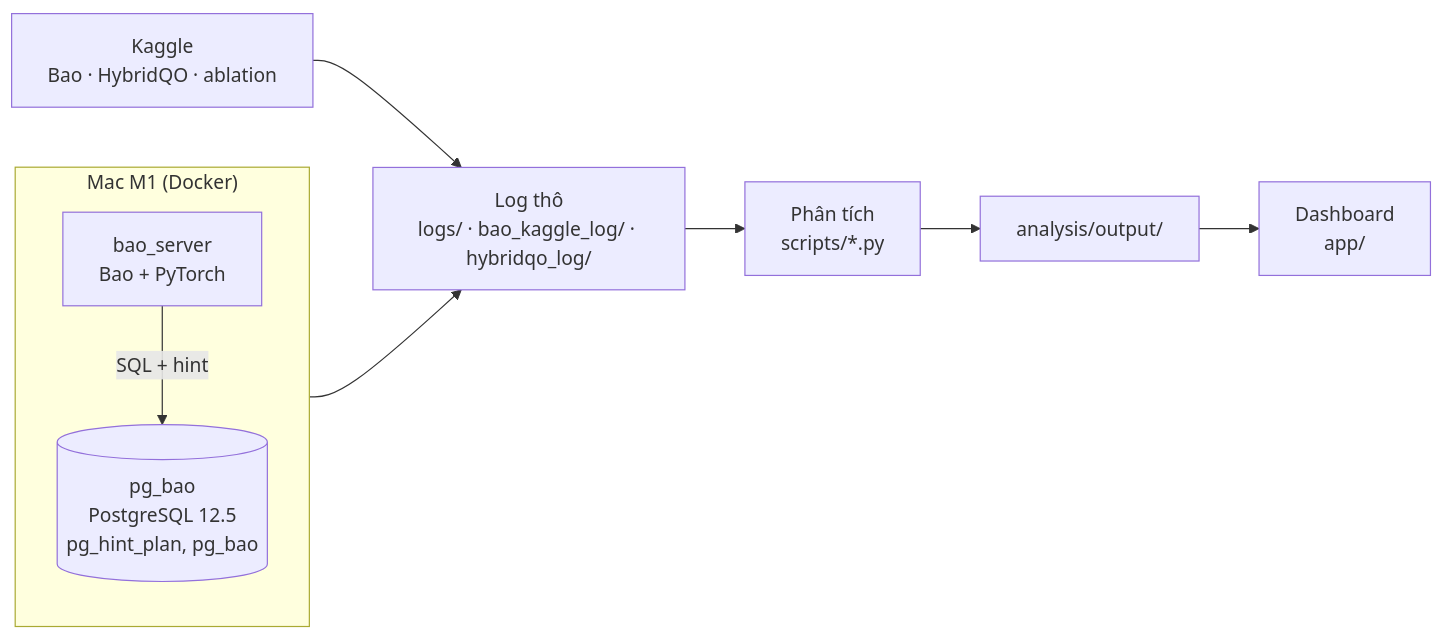
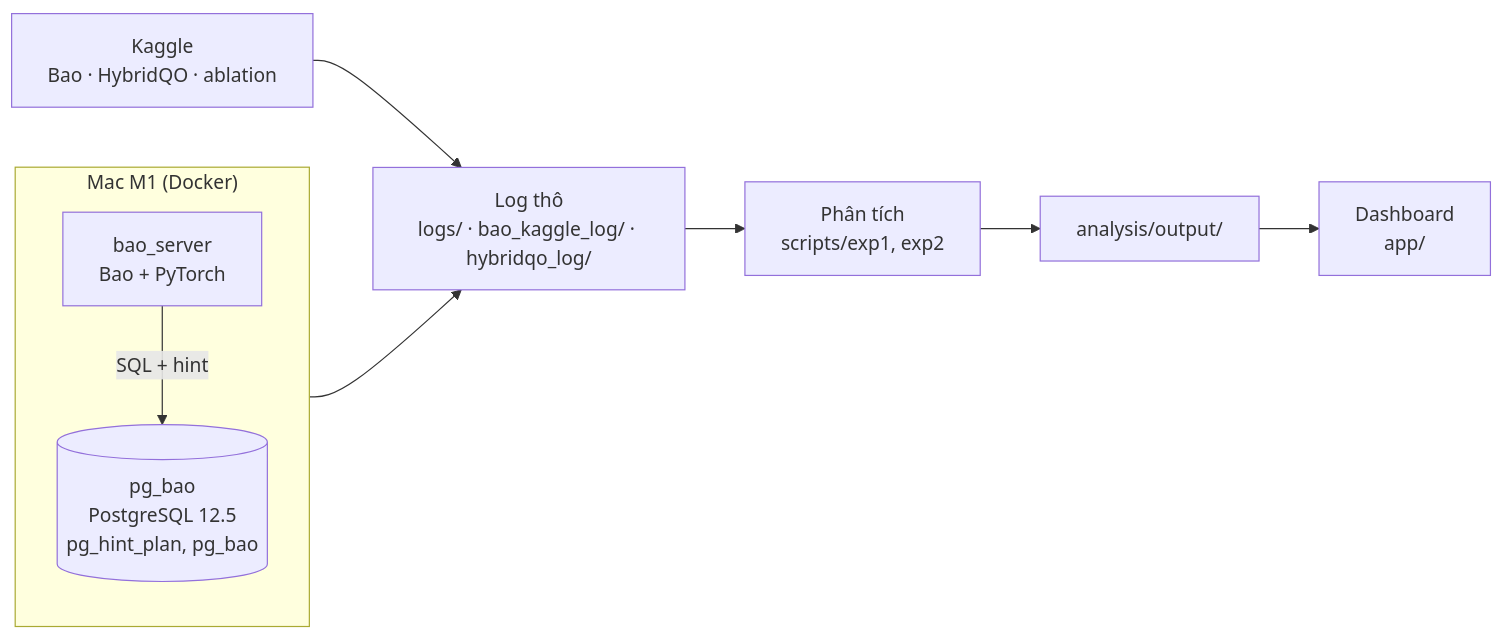
One commit to vipham999/lqo-datamining changed the diagram in ARCHITECTURE.md. Above: the diagram before and after it, drawn with Mermaid. The commit also changed other lines of this file and 91 other files, not shown here.

````diff
--- a/ARCHITECTURE.md
+++ b/ARCHITECTURE.md
@@ -9,10 +9,10 @@
 ```mermaid
 flowchart LR
     subgraph MAC["Mac M1 (Docker)"]
         BS[bao_server<br/>Bao + PyTorch] -- SQL + hint --> PG[(pg_bao<br/>PostgreSQL 12.5<br/>pg_hint_plan, pg_bao)]
     end
     KG[Kaggle<br/>Bao · HybridQO · ablation]
     MAC --> LOG[Log thô<br/>logs/ · bao_kaggle_log/ · hybridqo_log/]
     KG --> LOG
-    LOG --> ANA[Phân tích<br/>scripts/*.py] --> OUT[analysis/output/] --> APP[Dashboard<br/>app/]
+    LOG --> ANA[Phân tích<br/>scripts/exp1, exp2] --> OUT[analysis/output/] --> APP[Dashboard<br/>app/]
 ```
````
